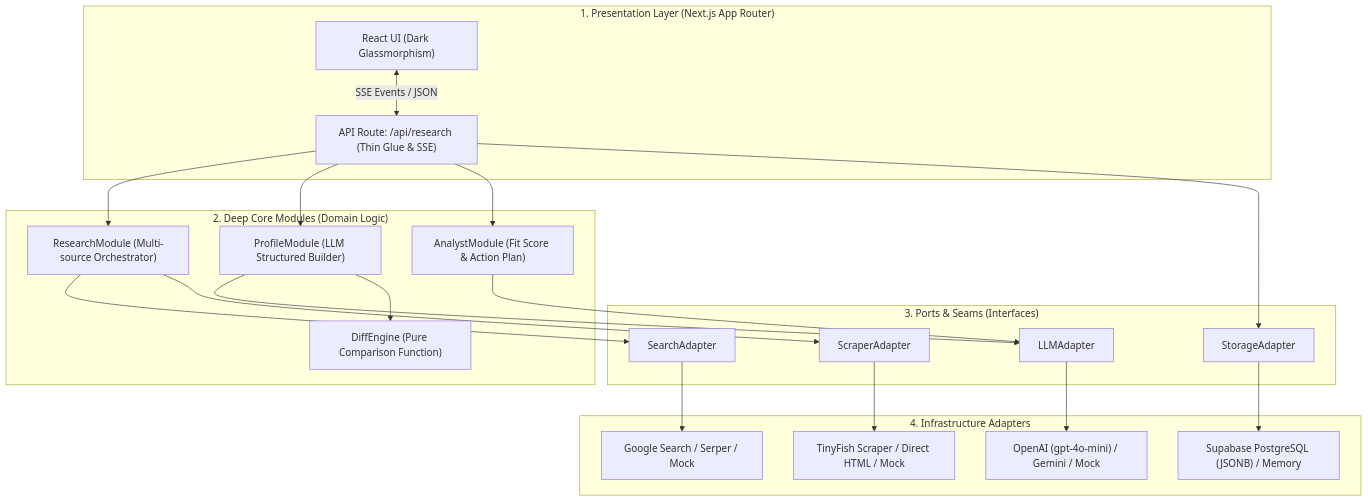
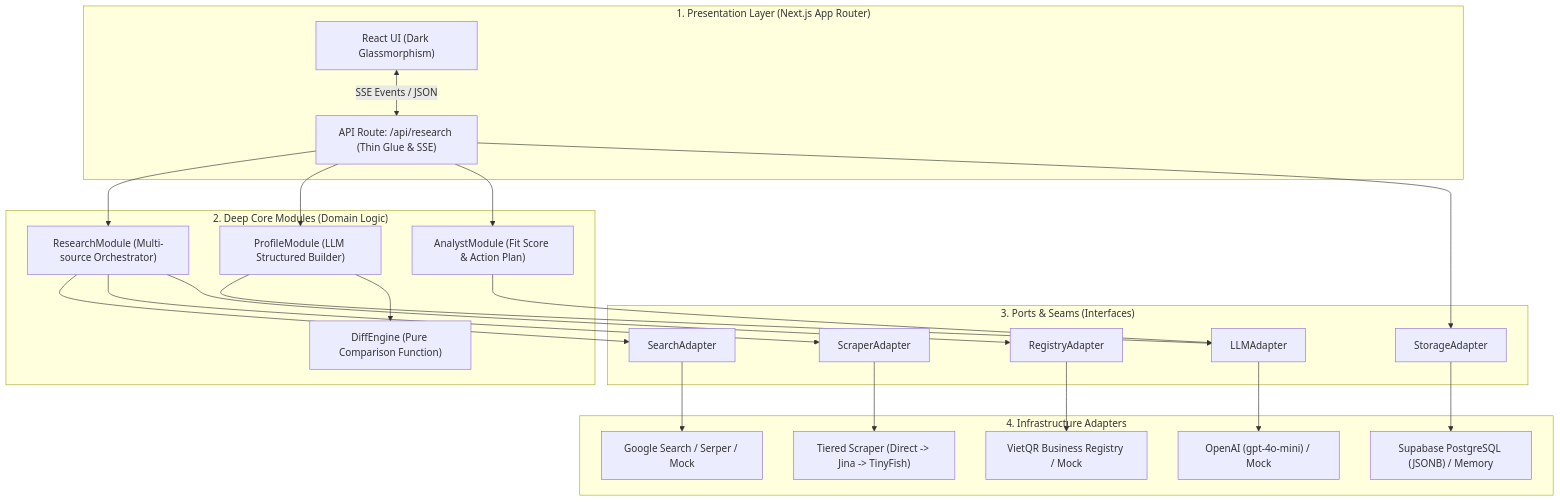
Before and after one commit to devonxjz/TechBridgeAI: the diagram in README.md, drawn with Mermaid. The commit also changed other lines of this file and 14 other files, not shown here.

Commit message:
docs: add reliable research demo flow

````diff
--- a/README.md
+++ b/README.md
@@ -40,45 +40,49 @@
 ```mermaid
 graph TB
   subgraph Presentation ["1. Presentation Layer (Next.js App Router)"]
     UI["React UI (Dark Glassmorphism)"]
     API["API Route: /api/research (Thin Glue & SSE)"]
   end
 
   subgraph CoreModules ["2. Deep Core Modules (Domain Logic)"]
     RM["ResearchModule (Multi-source Orchestrator)"]
     PM["ProfileModule (LLM Structured Builder)"]
     DE["DiffEngine (Pure Comparison Function)"]
     AM["AnalystModule (Fit Score & Action Plan)"]
   end
 
   subgraph Ports ["3. Ports & Seams (Interfaces)"]
     PortLLM["LLMAdapter"]
     PortSearch["SearchAdapter"]
     PortScraper["ScraperAdapter"]
+    PortRegistry["RegistryAdapter"]
     PortStorage["StorageAdapter"]
   end
 
   subgraph Adapters ["4. Infrastructure Adapters"]
-    OpenAI["OpenAI (gpt-4o-mini) / Gemini / Mock"]
+    OpenAI["OpenAI (gpt-4o-mini) / Mock"]
     Serper["Google Search / Serper / Mock"]
-    TinyFish["TinyFish Scraper / Direct HTML / Mock"]
+    Tiered["Tiered Scraper (Direct -> Jina -> TinyFish)"]
+    VietQR["VietQR Business Registry / Mock"]
     Supabase["Supabase PostgreSQL (JSONB) / Memory"]
   end
 
   UI <-->|SSE Events / JSON| API
   API --> RM
   API --> PM
   API --> AM
 
   RM --> PortSearch
   RM --> PortScraper
+  RM --> PortRegistry
   PM --> PortLLM
   PM --> DE
   AM --> PortLLM
   API --> PortStorage
 
   PortLLM --> OpenAI
   PortSearch --> Serper
-  PortScraper --> TinyFish
+  PortScraper --> Tiered
+  PortRegistry --> VietQR
   PortStorage --> Supabase
 ```
````
